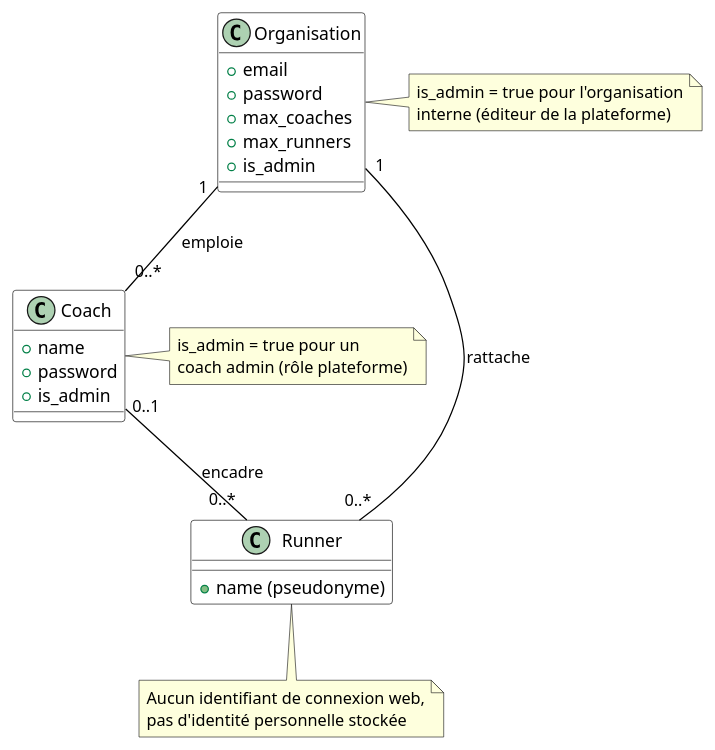
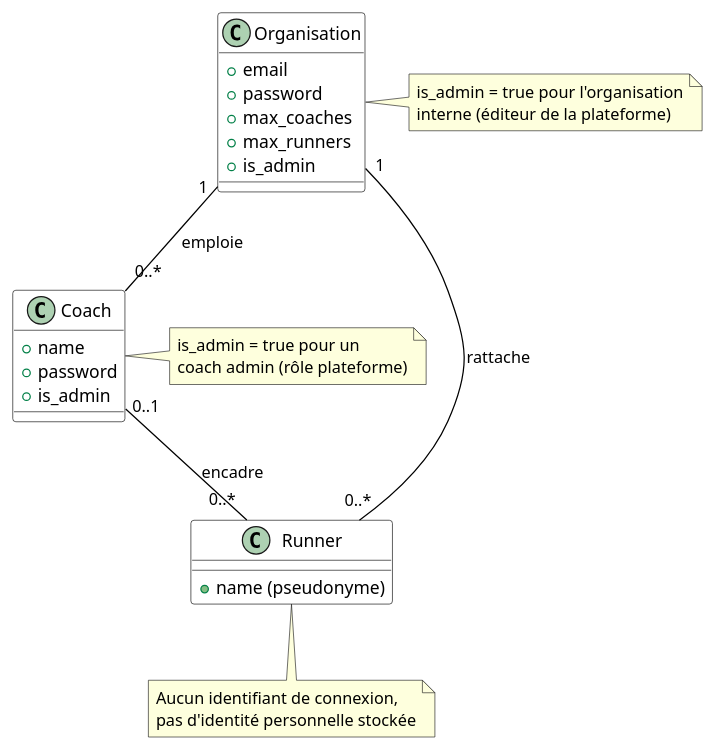
The diagram in 3eme_annee/TFE/03-conception/assets/users.puml (01adrien/cours_epfc), drawn with PlantUML before and after one commit. The commit also changed 28 other files, not shown here.

```diff
--- a/3eme_annee/TFE/03-conception/assets/users.puml
+++ b/3eme_annee/TFE/03-conception/assets/users.puml
@@ -1,45 +1,45 @@
 @startuml
 skinparam backgroundColor white
 skinparam class {
   BackgroundColor white
   BorderColor black
   ArrowColor black
 }
 
 class Organisation {
   + email
   + password
   + max_coaches
   + max_runners
   + is_admin
 }
 
 class Coach {
   + name
   + password
   + is_admin
 }
 
 class Runner {
   + name (pseudonyme)
 }
 
 Organisation "1" -- "0..*" Coach : emploie
 Organisation "1" -- "0..*" Runner : rattache
 Coach "0..1" -- "0..*" Runner : encadre
 
 note right of Organisation
   is_admin = true pour l'organisation
   interne (éditeur de la plateforme)
 end note
 
 note right of Coach
   is_admin = true pour un
   coach admin (rôle plateforme)
 end note
 
 note bottom of Runner
-  Aucun identifiant de connexion web,
+  Aucun identifiant de connexion,
   pas d'identité personnelle stockée
 end note
 @enduml
```
